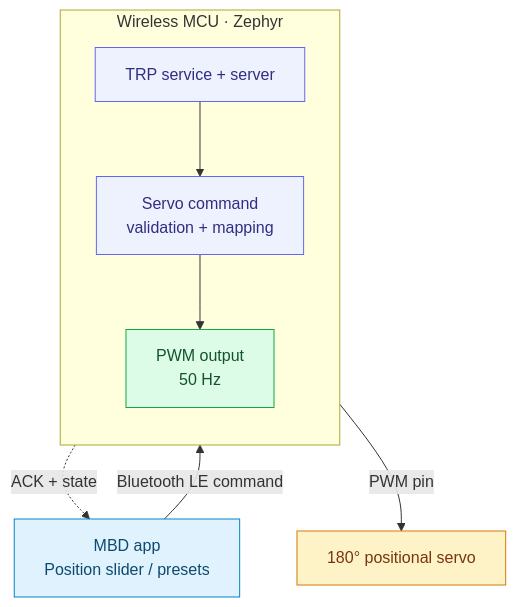
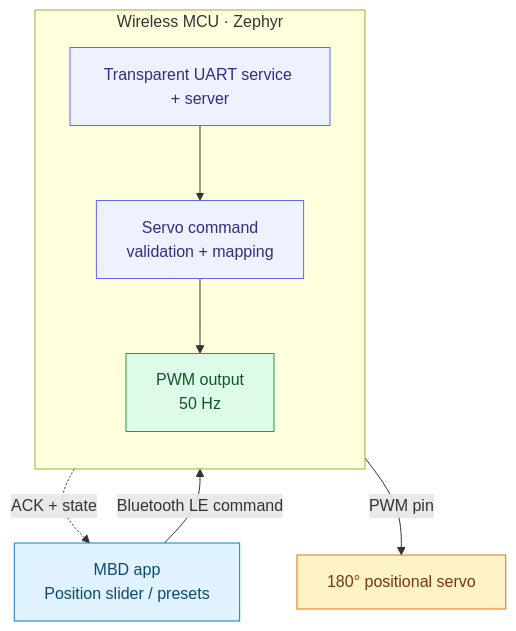
Before and after one commit to MicrochipTech/Bluetooth_LE_180_Servo_Motor_Control: the second of 3 diagrams in README.md, drawn with Mermaid. The commit also changed other lines of this file, not shown here.

Commit message:
Use Transparent UART terminology in docs

````diff
--- a/README.md
+++ b/README.md
@@ -286,17 +281,17 @@
 ```mermaid
 flowchart TB
     A["MBD app<br/>Position slider / presets"]
     subgraph BOARD["Wireless MCU · Zephyr"]
         direction TB
-        B["TRP service + server"] --> C["Servo command<br/>validation + mapping"]
+        B["Transparent UART service + server"] --> C["Servo command<br/>validation + mapping"]
         C --> D["PWM output<br/>50 Hz"]
     end
     A -->|"Bluetooth LE command"| B
     C -.->|"ACK + state"| A
     D -->|"PWM pin"| E["180° positional servo"]
     style A fill:#e0f2fe,stroke:#0284c7,color:#0c4a6e
     style B fill:#eef2ff,stroke:#6366f1,color:#312e81
     style C fill:#eef2ff,stroke:#6366f1,color:#312e81
     style D fill:#dcfce7,stroke:#16a34a,color:#14532d
     style E fill:#fef3c7,stroke:#d97706,color:#78350f
 ```
````
